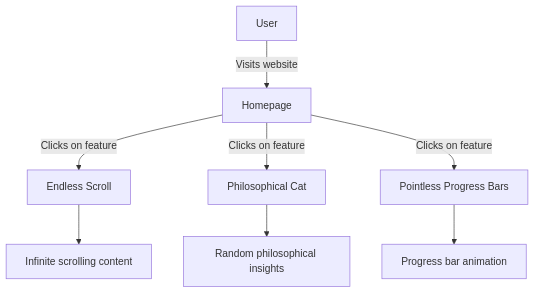
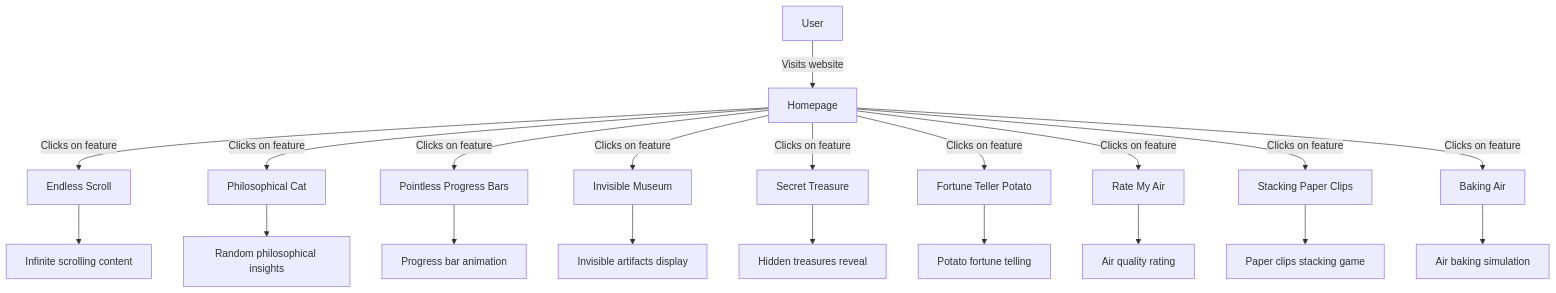
One commit to kichu12348/useless_project_temp changed the diagram in README.md. Above: the diagram before and after it, drawn with Mermaid.

Commit message:
refactor readme

````diff
--- a/README.md
+++ b/README.md
@@ -64,10 +64,22 @@
 ```mermaid
 graph TD;
     A[User] -->|Visits website| B[Homepage]
     B -->|Clicks on feature| C[Endless Scroll]
     B -->|Clicks on feature| D[Philosophical Cat]
     B -->|Clicks on feature| E[Pointless Progress Bars]
+    B -->|Clicks on feature| I[Invisible Museum]
+    B -->|Clicks on feature| J[Secret Treasure]
+    B -->|Clicks on feature| K[Fortune Teller Potato]
+    B -->|Clicks on feature| L[Rate My Air]
+    B -->|Clicks on feature| M[Stacking Paper Clips]
+    B -->|Clicks on feature| N[Baking Air]
     C --> F[Infinite scrolling content]
     D --> G[Random philosophical insights]
     E --> H[Progress bar animation]
+    I --> O[Invisible artifacts display]
+    J --> P[Hidden treasures reveal]
+    K --> Q[Potato fortune telling]
+    L --> R[Air quality rating]
+    M --> S[Paper clips stacking game]
+    N --> T[Air baking simulation]
 ```
````
